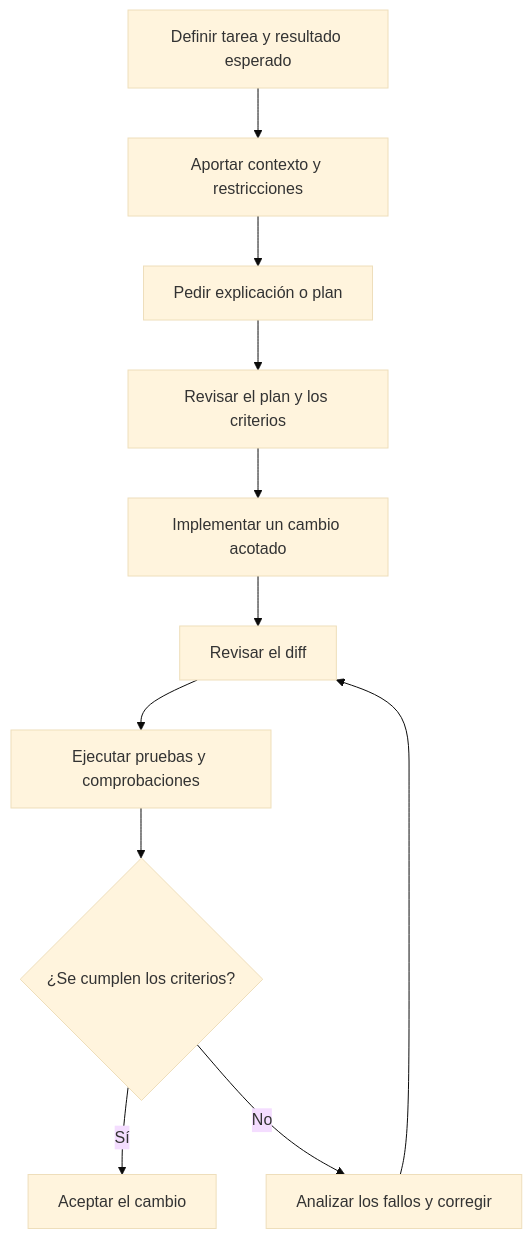
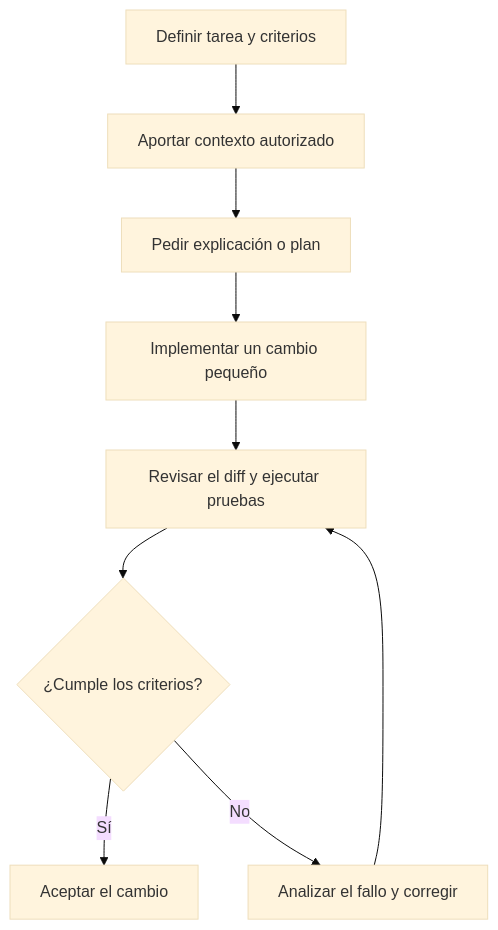
Before and after one commit to sigdeletras/ai-assisted-development-guide: the diagram in docs/primeros-pasos.md, drawn with Mermaid (base theme). The commit also changed other lines of this file, not shown here.

````diff
--- a/docs/primeros-pasos.md
+++ b/docs/primeros-pasos.md
@@ -20,17 +16,11 @@
 ```mermaid
 flowchart TD
-    A["Definir tarea y resultado esperado"]
-    B["Aportar contexto y restricciones"]
-    C["Pedir explicación o plan"]
-    D["Revisar el plan y los criterios"]
-    E["Implementar un cambio acotado"]
-    F["Revisar el diff"]
-    G["Ejecutar pruebas y comprobaciones"]
-    H{"¿Se cumplen los criterios?"}
-    I["Aceptar el cambio"]
-    J["Analizar los fallos y corregir"]
-
-    A --> B --> C --> D --> E --> F --> G --> H
-    H -- "Sí" --> I
-    H -- "No" --> J --> F
+    A["Definir tarea y criterios"] --> B["Aportar contexto autorizado"]
+    B --> C["Pedir explicación o plan"]
+    C --> D["Implementar un cambio pequeño"]
+    D --> E["Revisar el diff y ejecutar pruebas"]
+    E --> F{"¿Cumple los criterios?"}
+    F -- "Sí" --> G["Aceptar el cambio"]
+    F -- "No" --> H["Analizar el fallo y corregir"]
+    H --> E
 ```
````
